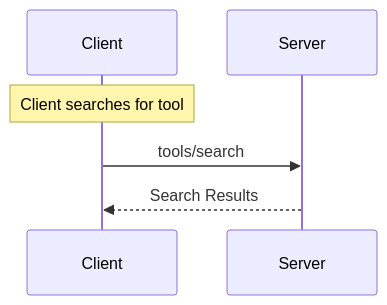
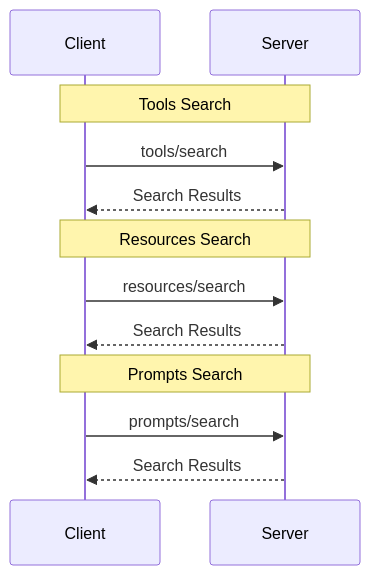
Before and after one commit to modelcontextprotocol/specification: the diagram in docs/specification/2025-03-26/server/utilities/search.mdx, drawn with Mermaid.

Commit message:
Updated Diagram

````diff
--- a/docs/specification/2025-03-26/server/utilities/search.mdx
+++ b/docs/specification/2025-03-26/server/utilities/search.mdx
@@ -120,9 +120,17 @@
 ```mermaid
 sequenceDiagram
     participant Client
     participant Server
 
-    Note over Client: Client searches for tool
+    Note over Client,Server: Tools Search
     Client->>Server: tools/search
     Server-->>Client: Search Results
+
+    Note over Client,Server: Resources Search
+    Client->>Server: resources/search
+    Server-->>Client: Search Results
+
+    Note over Client,Server: Prompts Search
+    Client->>Server: prompts/search
+    Server-->>Client: Search Results
 ```
````
